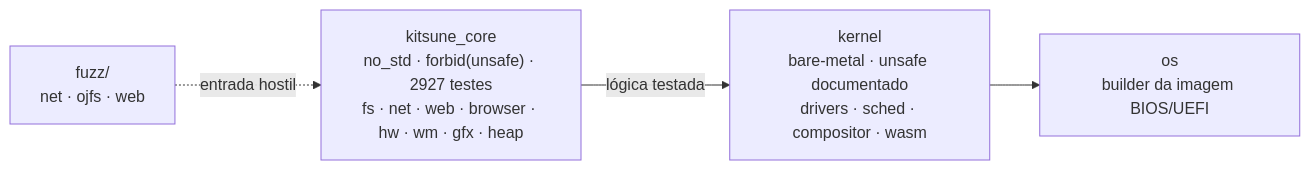
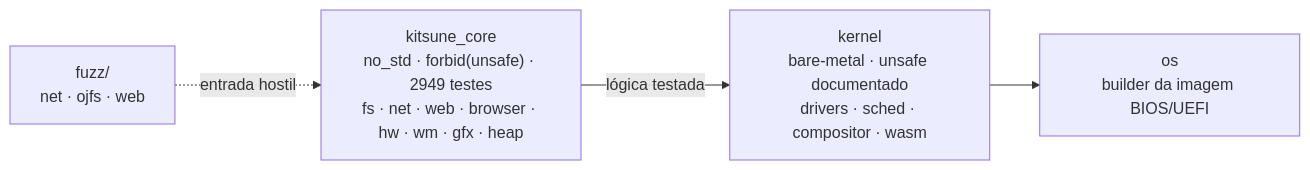
The diagram in README.md (Jeffinp/OSjeff), drawn with Mermaid before and after one commit. The commit also changed other lines of this file and 6 other files, not shown here.

````diff
--- a/README.md
+++ b/README.md
@@ -104,9 +106,9 @@
 ```mermaid
 flowchart LR
-    CORE["kitsune_core<br/>no_std · forbid(unsafe) · 2927 testes<br/>fs · net · web · browser · hw · wm · gfx · heap"]
+    CORE["kitsune_core<br/>no_std · forbid(unsafe) · 2949 testes<br/>fs · net · web · browser · hw · wm · gfx · heap"]
     KERNEL["kernel<br/>bare-metal · unsafe documentado<br/>drivers · sched · compositor · wasm"]
     OS["os<br/>builder da imagem BIOS/UEFI"]
     FUZZ["fuzz/<br/>net · ojfs · web"]
     CORE -->|lógica testada| KERNEL --> OS
     FUZZ -.->|entrada hostil| CORE
 ```
````
